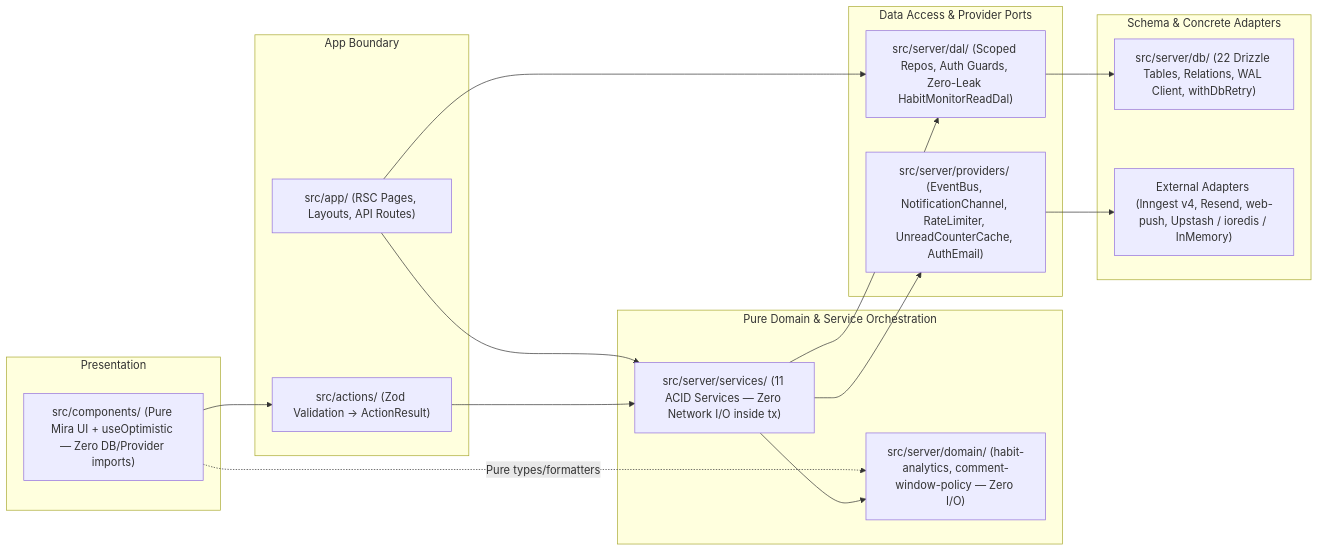
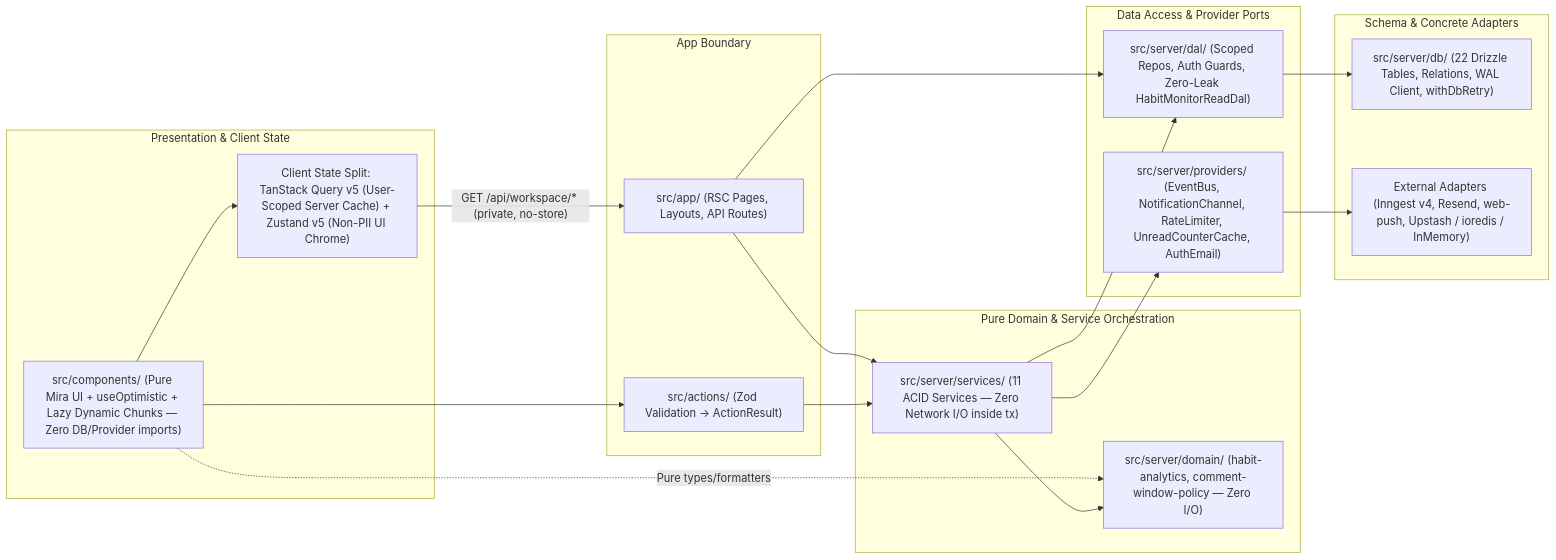
One commit to Marvin-MM/folio_tracker changed the second of 11 diagrams in docs/ARCHITECTURE.md. Above: the diagram before and after it, drawn with Mermaid. The commit also changed other lines of this file and 108 other files, not shown here.

Commit message:
feat(frontend): add TanStack Query + Zustand state management, SEO, PWA splash/offline, and live E2E hardening

````diff
--- a/docs/ARCHITECTURE.md
+++ b/docs/ARCHITECTURE.md
@@ -74,37 +75,40 @@
 ```mermaid
 flowchart LR
-  subgraph Presentation["Presentation"]
-    COMP["src/components/ (Pure Mira UI + useOptimistic — Zero DB/Provider imports)"]
+  subgraph Presentation["Presentation & Client State"]
+    COMP["src/components/ (Pure Mira UI + useOptimistic + Lazy Dynamic Chunks — Zero DB/Provider imports)"]
+    STATE["Client State Split: TanStack Query v5 (User-Scoped Server Cache) + Zustand v5 (Non-PII UI Chrome)"]
   end
 
   subgraph Boundary["App Boundary"]
     APP["src/app/ (RSC Pages, Layouts, API Routes)"]
     ACTS["src/actions/ (Zod Validation -> ActionResult)"]
   end
 
   subgraph Domain["Pure Domain & Service Orchestration"]
     PURE["src/server/domain/ (habit-analytics, comment-window-policy — Zero I/O)"]
     SVCS["src/server/services/ (11 ACID Services — Zero Network I/O inside tx)"]
   end
 
   subgraph DataAndPorts["Data Access & Provider Ports"]
     DALS["src/server/dal/ (Scoped Repos, Auth Guards, Zero-Leak HabitMonitorReadDal)"]
     PORTS["src/server/providers/ (EventBus, NotificationChannel, RateLimiter, UnreadCounterCache, AuthEmail)"]
   end
 
   subgraph Foundations["Schema & Concrete Adapters"]
     SCHEMA["src/server/db/ (22 Drizzle Tables, Relations, WAL Client, withDbRetry)"]
     ADAPT["External Adapters (Inngest v4, Resend, web-push, Upstash / ioredis / InMemory)"]
   end
 
+  COMP --> STATE
+  STATE -->|"GET /api/workspace/* (private, no-store)"| APP
   COMP --> ACTS
   COMP -.->|"Pure types/formatters"| PURE
   APP --> DALS
   APP --> SVCS
   ACTS --> SVCS
   SVCS --> PURE
   SVCS --> DALS
   SVCS --> PORTS
   DALS --> SCHEMA
   PORTS --> ADAPT
 ```
````
